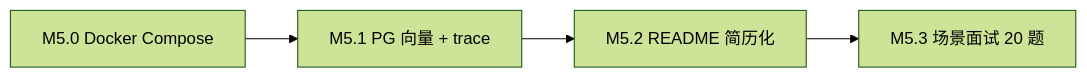
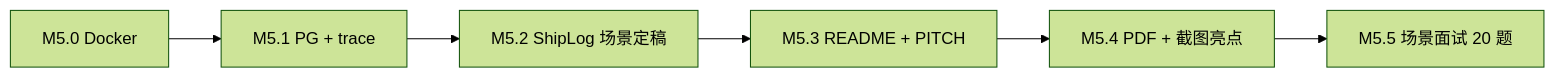
One commit to bigcabbag/ShipLog changed the first of 2 diagrams in docs/M5-steps.md. Above: the diagram before and after it, drawn with Mermaid (forest theme). The commit also changed other lines of this file and 12 other files, not shown here.

````diff
--- a/docs/M5-steps.md
+++ b/docs/M5-steps.md
@@ -12,6 +13,8 @@
 ```mermaid
 flowchart LR
-  M50[M5.0 Docker Compose] --> M51[M5.1 PG 向量 + trace]
-  M51 --> M52[M5.2 README 简历化]
-  M52 --> M53[M5.3 场景面试 20 题]
+  M50[M5.0 Docker] --> M51[M5.1 PG + trace]
+  M51 --> M52[M5.2 ShipLog 场景定稿]
+  M52 --> M53[M5.3 README + PITCH]
+  M53 --> M54[M5.4 PDF + 截图亮点]
+  M54 --> M55[M5.5 场景面试 20 题]
 ```
````
